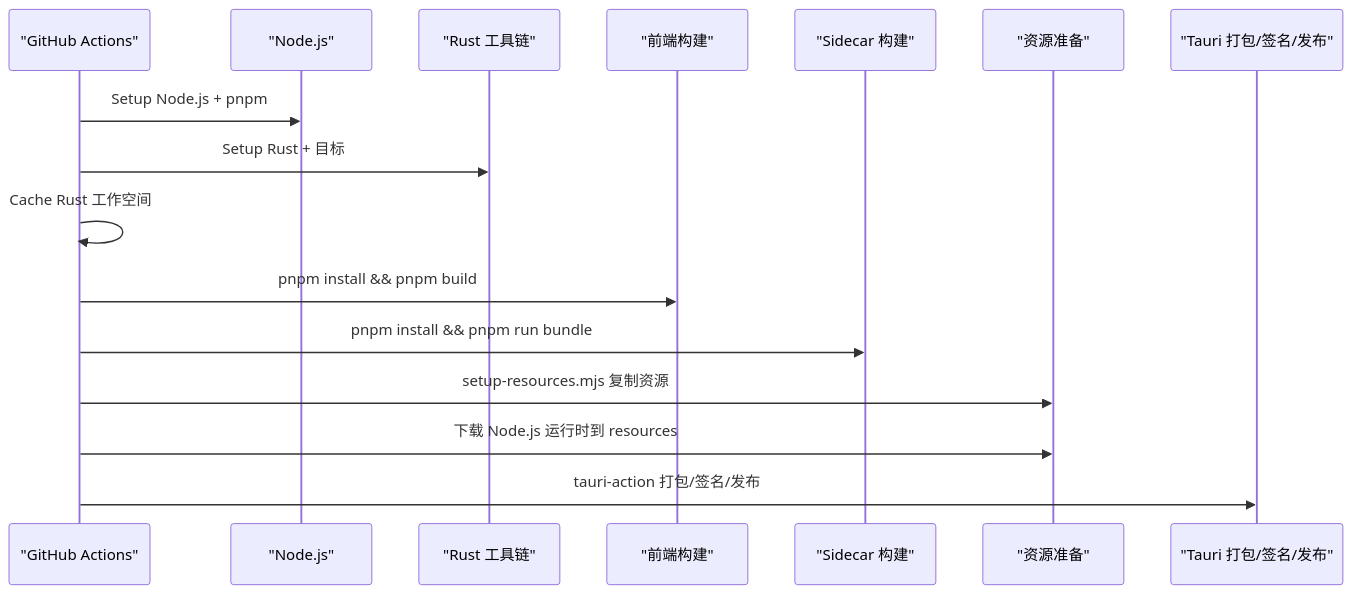
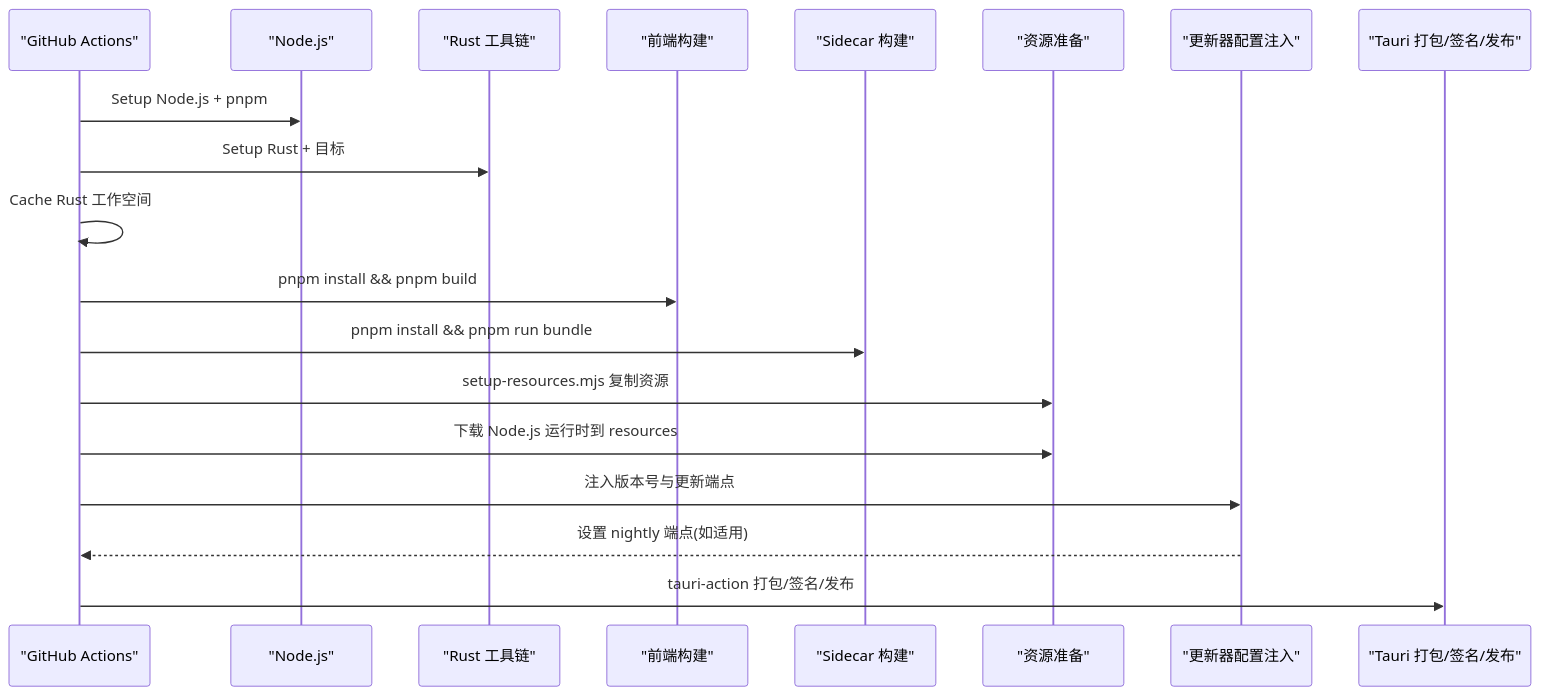
Before and after one commit to RabbitAI-Lab/RabbitCoding: the seventh of 8 diagrams in .qoder/repowiki/zh/content/部署和发布/构建流程.md, drawn with Mermaid. The commit also changed other lines of this file and 32 other files, not shown here.

````diff
--- a/.qoder/repowiki/zh/content/部署和发布/构建流程.md
+++ b/.qoder/repowiki/zh/content/部署和发布/构建流程.md
@@ -302,18 +384,21 @@
 ```mermaid
 sequenceDiagram
 participant GH as "GitHub Actions"
 participant Node as "Node.js"
 participant Rust as "Rust 工具链"
 participant FE as "前端构建"
 participant Side as "Sidecar 构建"
 participant Res as "资源准备"
+participant UpdaterConfig as "更新器配置注入"
 participant Tauri as "Tauri 打包/签名/发布"
 GH->>Node : Setup Node.js + pnpm
 GH->>Rust : Setup Rust + 目标
 GH->>GH : Cache Rust 工作空间
 GH->>FE : pnpm install && pnpm build
 GH->>Side : pnpm install && pnpm run bundle
 GH->>Res : setup-resources.mjs 复制资源
 GH->>Res : 下载 Node.js 运行时到 resources
+GH->>UpdaterConfig : 注入版本号与更新端点
+UpdaterConfig-->>GH : 设置 nightly 端点(如适用)
 GH->>Tauri : tauri-action 打包/签名/发布
 ```
````
